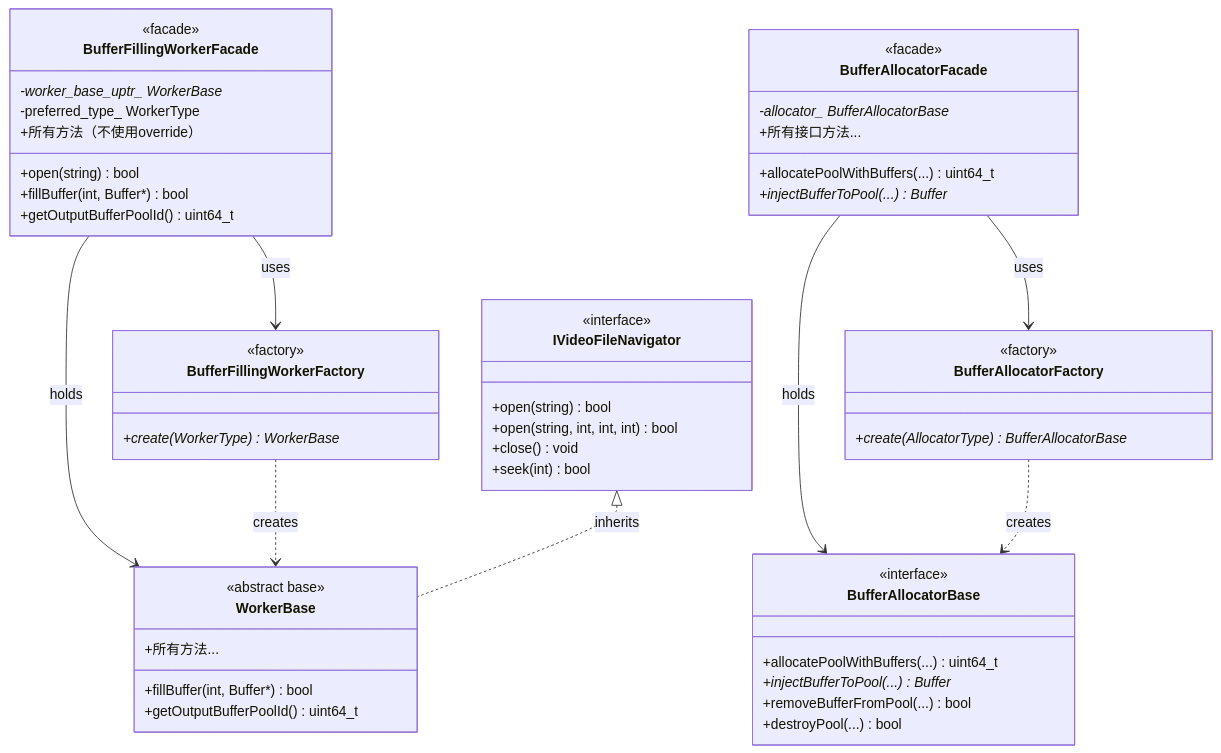
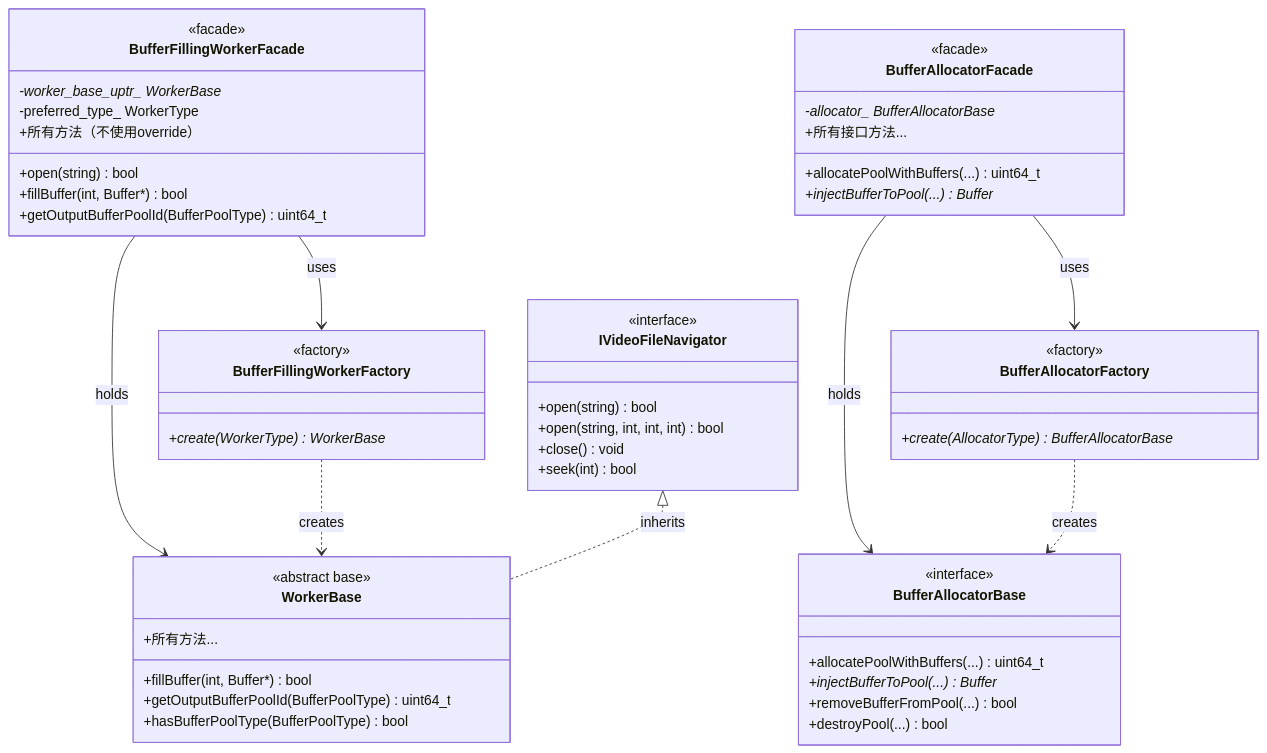
One commit to luoxiafeng-1990/components changed the third of 6 diagrams in ARCHITECTURE.md. Above: the diagram before and after it, drawn with Mermaid. The commit also changed other lines of this file and 17 other files, not shown here.

First line of the commit message:
feat(worker): 支持多 BufferPool 管理，引入 BufferPoolType 枚举

````diff
--- a/ARCHITECTURE.md
+++ b/ARCHITECTURE.md
@@ -932,64 +1016,65 @@
 ```mermaid
 classDiagram
     class BufferFillingWorkerFacade {
         <<facade>>
         -worker_base_uptr_ WorkerBase*
         -preferred_type_ WorkerType
         +open(string) bool
         +fillBuffer(int, Buffer*) bool
-        +getOutputBufferPoolId() uint64_t
+        +getOutputBufferPoolId(BufferPoolType) uint64_t
         +所有方法（不使用override）
     }
     
     class BufferAllocatorFacade {
         <<facade>>
         -allocator_ BufferAllocatorBase*
         +allocatePoolWithBuffers(...) uint64_t
         +injectBufferToPool(...) Buffer*
         +所有接口方法...
     }
     
     class IVideoFileNavigator {
         <<interface>>
         +open(string) bool
         +open(string, int, int, int) bool
         +close() void
         +seek(int) bool
     }
     
     class BufferAllocatorBase {
         <<interface>>
         +allocatePoolWithBuffers(...) uint64_t
         +injectBufferToPool(...) Buffer*
         +removeBufferFromPool(...) bool
         +destroyPool(...) bool
     }
     
     class WorkerBase {
         <<abstract base>>
         +fillBuffer(int, Buffer*) bool
-        +getOutputBufferPoolId() uint64_t
+        +getOutputBufferPoolId(BufferPoolType) uint64_t
+        +hasBufferPoolType(BufferPoolType) bool
         +所有方法...
     }
     
     class BufferFillingWorkerFactory {
         <<factory>>
         +create(WorkerType) WorkerBase*
     }
     
     class BufferAllocatorFactory {
         <<factory>>
         +create(AllocatorType) BufferAllocatorBase*
     }
     
     BufferFillingWorkerFacade --> WorkerBase : holds
     BufferFillingWorkerFacade --> BufferFillingWorkerFactory : uses
     
     BufferAllocatorFacade --> BufferAllocatorBase : holds
     BufferAllocatorFacade --> BufferAllocatorFactory : uses
     
     BufferFillingWorkerFactory ..> WorkerBase : creates
     BufferAllocatorFactory ..> BufferAllocatorBase : creates
     
     IVideoFileNavigator <|.. WorkerBase : inherits
 ```
````
